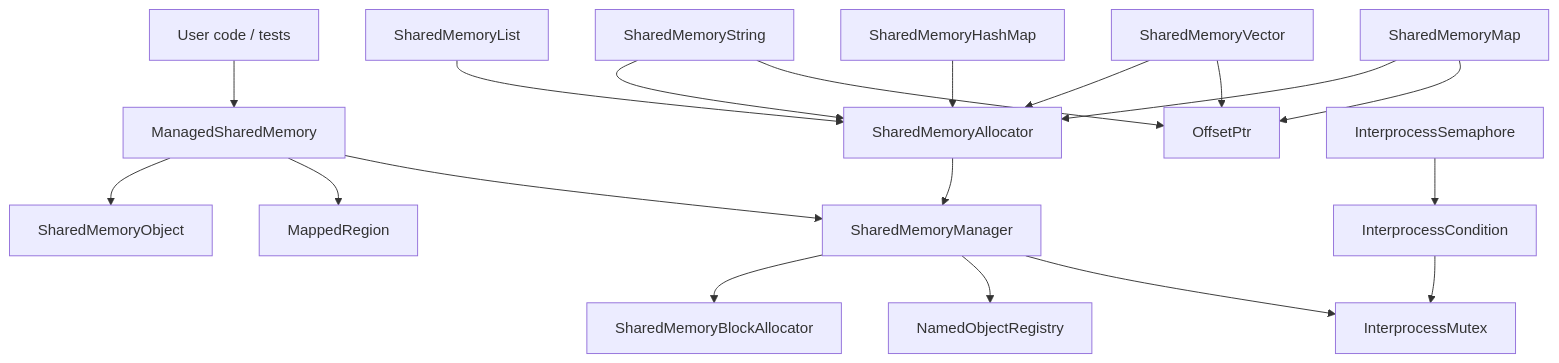
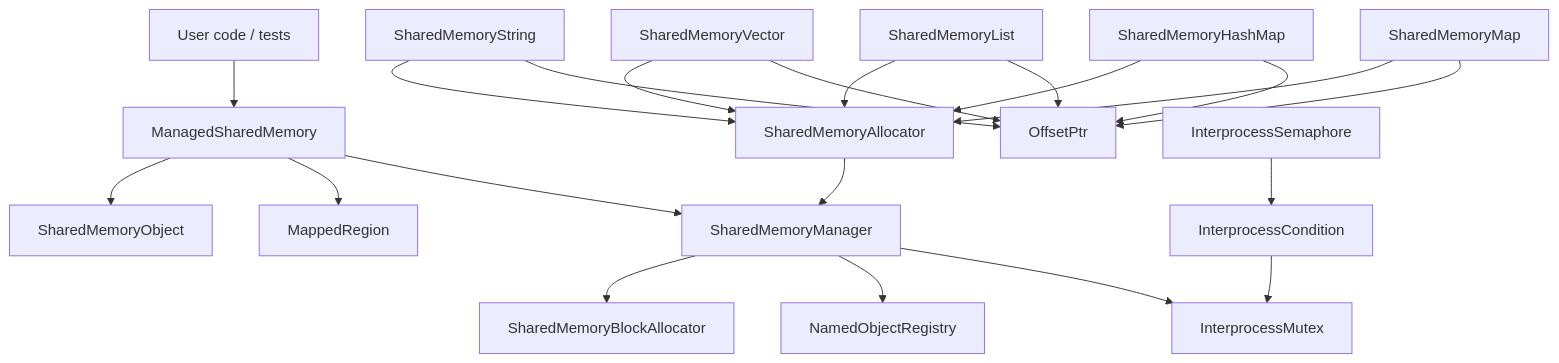
One commit to silencewings1/shm_next changed the first of 12 diagrams in docs/design_for_beginners.md. Above: the diagram before and after it, drawn with Mermaid. The commit also changed other lines of this file and 1 other file, not shown here.

````diff
--- a/docs/design_for_beginners.md
+++ b/docs/design_for_beginners.md
@@ -45,25 +45,27 @@
 ```mermaid
 flowchart TD
     App["User code / tests"] --> Managed["ManagedSharedMemory"]
     Managed --> ShmObj["SharedMemoryObject"]
     Managed --> Region["MappedRegion"]
     Managed --> Manager["SharedMemoryManager"]
 
     Manager --> BlockAlloc["SharedMemoryBlockAllocator"]
     Manager --> Registry["NamedObjectRegistry"]
     Manager --> ManagerMutex["InterprocessMutex"]
 
     Allocator["SharedMemoryAllocator<T>"] --> Manager
     String["SharedMemoryString"] --> Allocator
     Vector["SharedMemoryVector<T>"] --> Allocator
     List["SharedMemoryList<T>"] --> Allocator
     HashMap["SharedMemoryHashMap<K,V>"] --> Allocator
     Map["SharedMemoryMap<K,V>"] --> Allocator
 
     String --> OffsetPtr["OffsetPtr<T>"]
     Vector --> OffsetPtr
+    List --> OffsetPtr
     Map --> OffsetPtr
+    HashMap --> OffsetPtr
 
     Condition["InterprocessCondition"] --> ManagerMutex
     Semaphore["InterprocessSemaphore"] --> Condition
 ```
````
